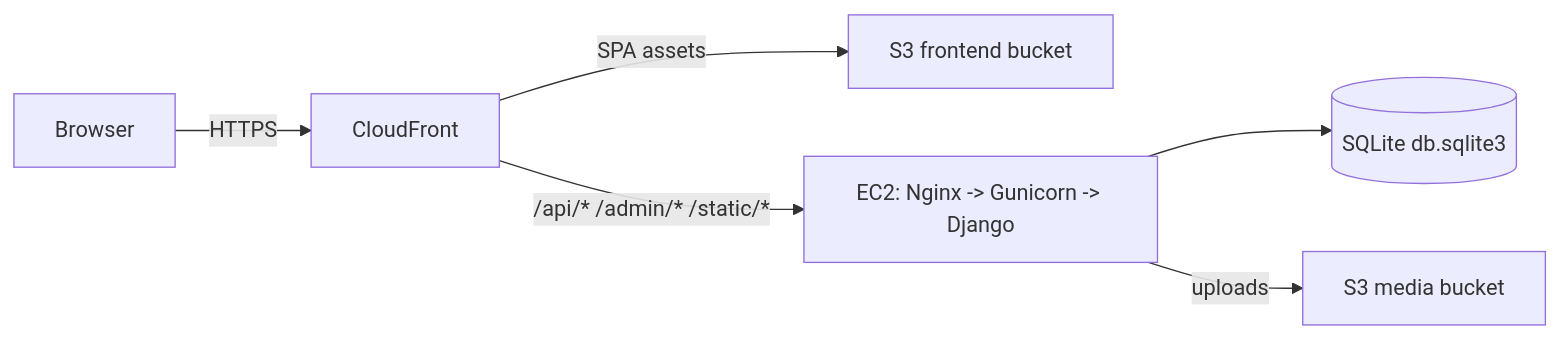
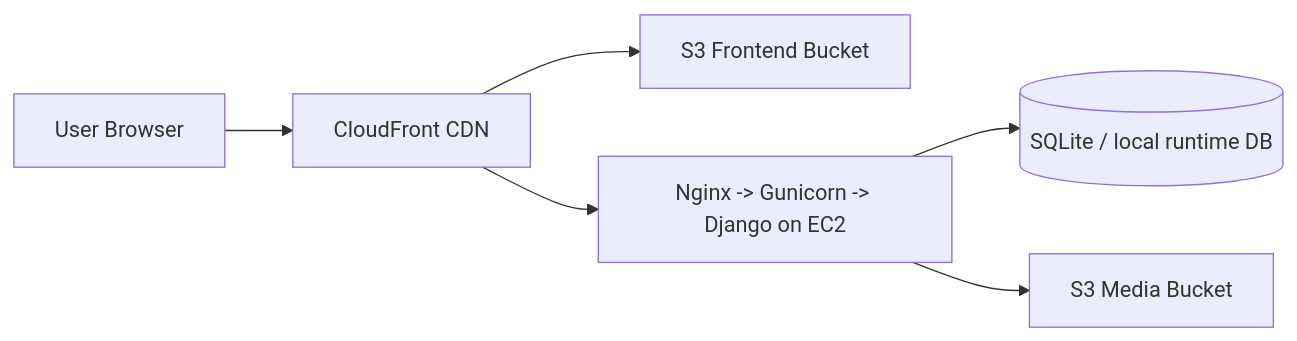
One commit to Manoj-Kumar-Selvaraj/Manoj-Site changed the diagram in README.md. Above: the diagram before and after it, drawn with Mermaid. The commit also changed other lines of this file and 6 other files, not shown here.

````diff
--- a/README.md
+++ b/README.md
@@ -72,8 +16,8 @@
 ```mermaid
 flowchart LR
-	U[Browser] -->|HTTPS| CF[CloudFront]
-	CF -->|SPA assets| S3[S3 frontend bucket]
-	CF -->|/api/* /admin/* /static/*| EC2[EC2: Nginx -> Gunicorn -> Django]
-	EC2 --> DB[(SQLite db.sqlite3)]
-	EC2 -->|uploads| S3M[S3 media bucket]
+    U[User Browser] --> CF[CloudFront CDN]
+    CF --> S3FE[S3 Frontend Bucket]
+    CF --> API[Nginx -> Gunicorn -> Django on EC2]
+    API --> SQLITE[(SQLite / local runtime DB)]
+    API --> S3MEDIA[S3 Media Bucket]
 ```
````
